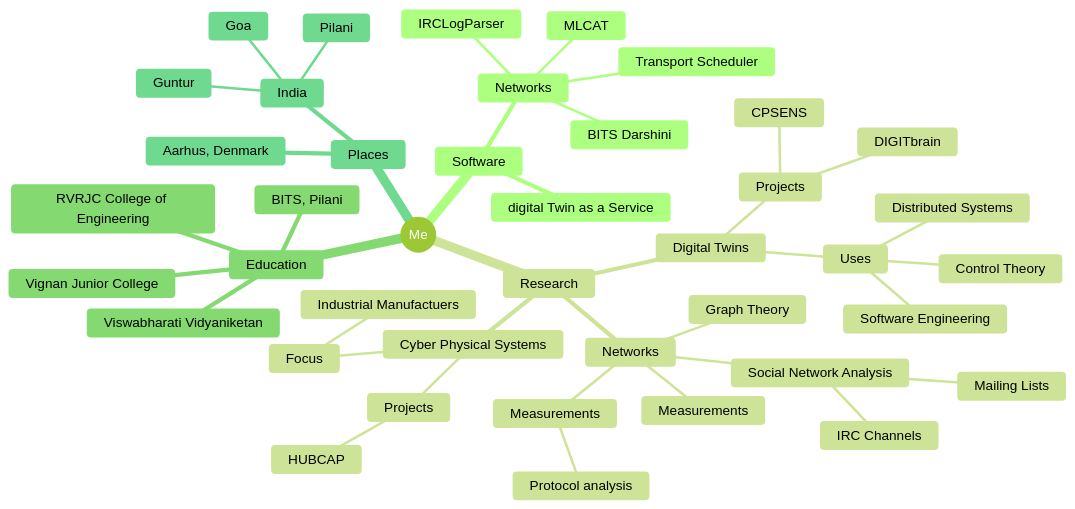
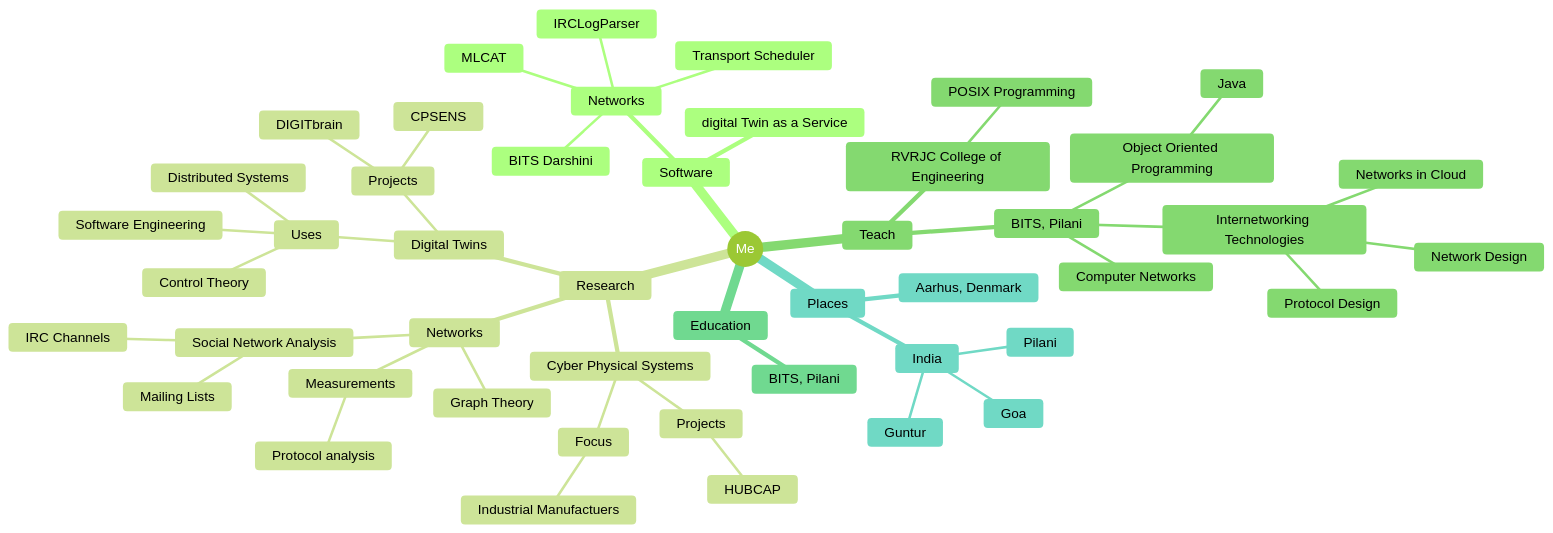
The diagram in README.md (prasadtalasila/prasadtalasila), drawn with Mermaid (forest theme) before and after one commit.

````diff
--- a/README.md
+++ b/README.md
@@ -37,44 +37,51 @@
 ```mermaid
 mindmap
   root((Me))
     Software
       digital Twin as a Service
       Networks
         IRCLogParser
         MLCAT
         BITS Darshini
         Transport Scheduler      
     Research
       Digital Twins
         Uses
             Software Engineering
             Distributed Systems
             Control Theory
         Projects
             DIGITbrain
             CPSENS
       Cyber Physical Systems
         Focus
             Industrial Manufactuers
         Projects
             HUBCAP
       Networks
         Graph Theory
         Measurements
             Protocol analysis
         Social Network Analysis
             IRC Channels
             Mailing Lists
-        Measurements
+    Teach
+      BITS, Pilani
+        Object Oriented Programming
+          Java
+        Internetworking Technologies
+          Network Design
+          Networks in Cloud
+          Protocol Design
+        Computer Networks
+      RVRJC College of Engineering
+        POSIX Programming
     Education
       BITS, Pilani
-      RVRJC College of Engineering
-      Vignan Junior College
-      Viswabharati Vidyaniketan
     Places
       Aarhus, Denmark
       India
         Goa
         Pilani
         Guntur
 ```
````
